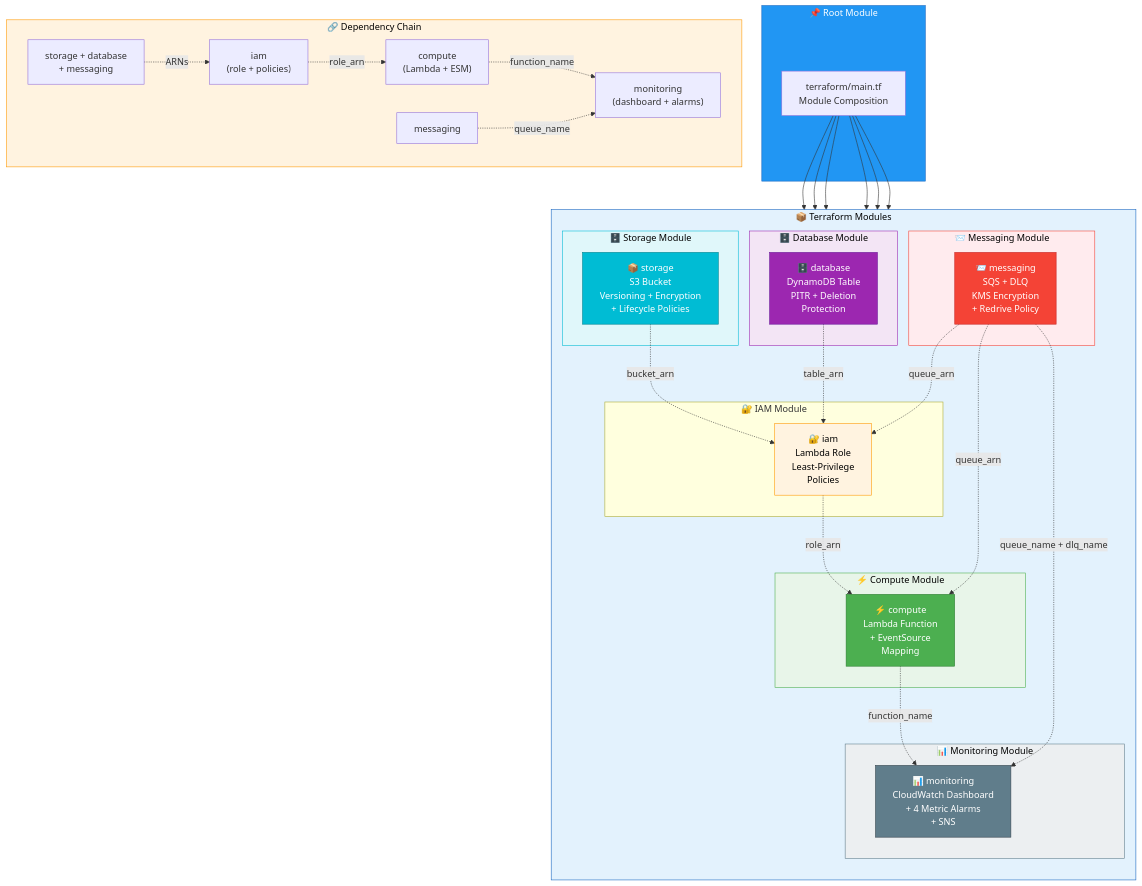
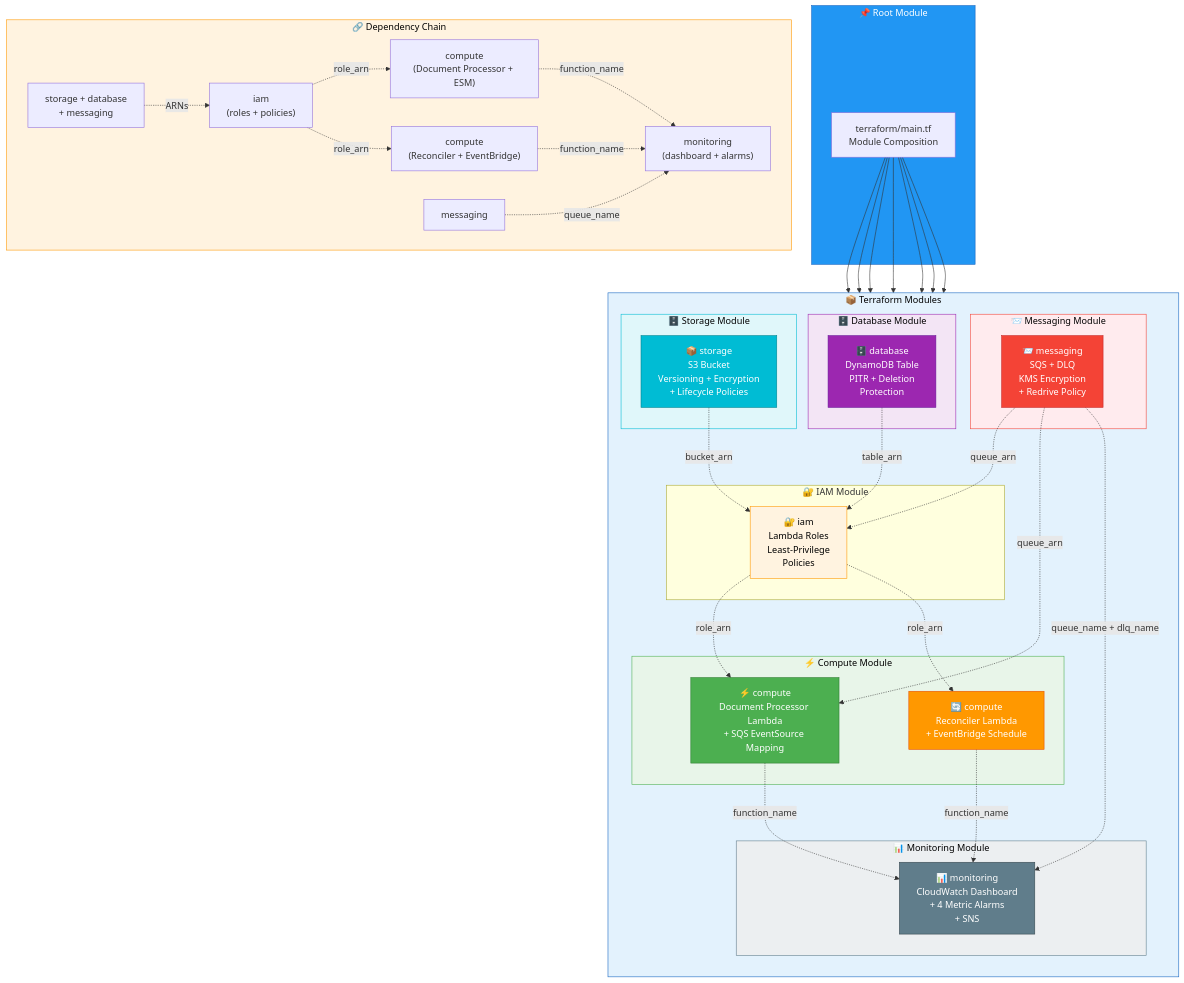
The fourth of 7 diagrams in README.md (sergio11/aws_serverless_pipeline_poc), drawn with Mermaid before and after one commit. The commit also changed other lines of this file and 2 other files, not shown here.

First line of the commit message:
fix(integration): add SQS queue drain fixture and retry resilience for Floci

````diff
--- a/README.md
+++ b/README.md
@@ -404,73 +450,80 @@
 ```mermaid
 graph TB
     subgraph ROOT["📌 Root Module"]
         MAIN["terraform/main.tf<br/>Module Composition"]
     end
 
     subgraph MODULOS["📦 Terraform Modules"]
         direction TB
 
         subgraph STORAGE_MOD["🗄️ Storage Module"]
             S3_MOD["📦 storage<br/>S3 Bucket<br/>Versioning + Encryption<br/>+ Lifecycle Policies"]
         end
 
         subgraph DATABASE_MOD["🗄️ Database Module"]
             DDB_MOD["🗄️ database<br/>DynamoDB Table<br/>PITR + Deletion<br/>Protection"]
         end
 
         subgraph MESSAGING_MOD["📨 Messaging Module"]
             SQS_MOD["📨 messaging<br/>SQS + DLQ<br/>KMS Encryption<br/>+ Redrive Policy"]
         end
 
         subgraph IAM_MOD["🔐 IAM Module"]
-            IAM_MOD_F["🔐 iam<br/>Lambda Role<br/>Least-Privilege<br/>Policies"]
+            IAM_MOD_F["🔐 iam<br/>Lambda Roles<br/>Least-Privilege<br/>Policies"]
         end
 
         subgraph COMPUTE_MOD["⚡ Compute Module"]
-            LAMBDA_MOD["⚡ compute<br/>Lambda Function<br/>+ EventSource<br/>Mapping"]
+            LAMBDA_DOC_MOD["⚡ compute<br/>Document Processor Lambda<br/>+ SQS EventSource Mapping"]
+            LAMBDA_RECON_MOD["🔄 compute<br/>Reconciler Lambda<br/>+ EventBridge Schedule"]
         end
 
         subgraph MONITORING_MOD["📊 Monitoring Module"]
             CW_MOD["📊 monitoring<br/>CloudWatch Dashboard<br/>+ 4 Metric Alarms<br/>+ SNS"]
         end
     end
 
     MAIN --> S3_MOD
     MAIN --> DDB_MOD
     MAIN --> SQS_MOD
     MAIN --> IAM_MOD_F
-    MAIN --> LAMBDA_MOD
+    MAIN --> LAMBDA_DOC_MOD
+    MAIN --> LAMBDA_RECON_MOD
     MAIN --> CW_MOD
 
     S3_MOD -.->|"bucket_arn"| IAM_MOD_F
     DDB_MOD -.->|"table_arn"| IAM_MOD_F
     SQS_MOD -.->|"queue_arn"| IAM_MOD_F
-    SQS_MOD -.->|"queue_arn"| LAMBDA_MOD
-    IAM_MOD_F -.->|"role_arn"| LAMBDA_MOD
+    SQS_MOD -.->|"queue_arn"| LAMBDA_DOC_MOD
+    IAM_MOD_F -.->|"role_arn"| LAMBDA_DOC_MOD
+    IAM_MOD_F -.->|"role_arn"| LAMBDA_RECON_MOD
     SQS_MOD -.->|"queue_name + dlq_name"| CW_MOD
-    LAMBDA_MOD -.->|"function_name"| CW_MOD
+    LAMBDA_DOC_MOD -.->|"function_name"| CW_MOD
+    LAMBDA_RECON_MOD -.->|"function_name"| CW_MOD
 
     subgraph DEPENDENCY_CHAIN["🔗 Dependency Chain"]
         direction LR
-        D1["storage + database<br/>+ messaging"] -.->|"ARNs"| D2["iam<br/>(role + policies)"]
-        D2 -.->|"role_arn"| D3["compute<br/>(Lambda + ESM)"]
-        D3 -.->|"function_name"| D4["monitoring<br/>(dashboard + alarms)"]
-        D5["messaging"] -.->|"queue_name"| D4
+        D1["storage + database<br/>+ messaging"] -.->|"ARNs"| D2["iam<br/>(roles + policies)"]
+        D2 -.->|"role_arn"| D3["compute<br/>(Document Processor + ESM)"]
+        D2 -.->|"role_arn"| D4["compute<br/>(Reconciler + EventBridge)"]
+        D3 -.->|"function_name"| D5["monitoring<br/>(dashboard + alarms)"]
+        D4 -.->|"function_name"| D5
+        D6["messaging"] -.->|"queue_name"| D5
     end
 
     style ROOT fill:#2196F3,color:#fff,stroke:#1565C0
     style MODULOS fill:#E3F2FD,color:#000,stroke:#1565C0
     style DEPENDENCY_CHAIN fill:#FFF3E0,color:#000,stroke:#FF9800
     style S3_MOD fill:#00BCD4,color:#fff,stroke:#00838F
     style DDB_MOD fill:#9C27B0,color:#fff,stroke:#6A1B9A
     style SQS_MOD fill:#F44336,color:#fff,stroke:#C62828
     style IAM_MOD_F fill:#FF9800,color:#fff,stroke:#E65100
-    style LAMBDA_MOD fill:#4CAF50,color:#fff,stroke:#2E7D32
+    style LAMBDA_DOC_MOD fill:#4CAF50,color:#fff,stroke:#2E7D32
+    style LAMBDA_RECON_MOD fill:#FF9800,color:#fff,stroke:#E65100
     style CW_MOD fill:#607D8B,color:#fff,stroke:#37474F
     style STORAGE_MOD fill:#E0F7FA,color:#000,stroke:#00BCD4
     style DATABASE_MOD fill:#F3E5F5,color:#000,stroke:#9C27B0
     style MESSAGING_MOD fill:#FFEBEE,color:#000,stroke:#F44336
     style IAM_MOD_F fill:#FFF3E0,color:#000,stroke:#FF9800
     style COMPUTE_MOD fill:#E8F5E9,color:#000,stroke:#4CAF50
     style MONITORING_MOD fill:#ECEFF1,color:#000,stroke:#607D8B
 ```
````
